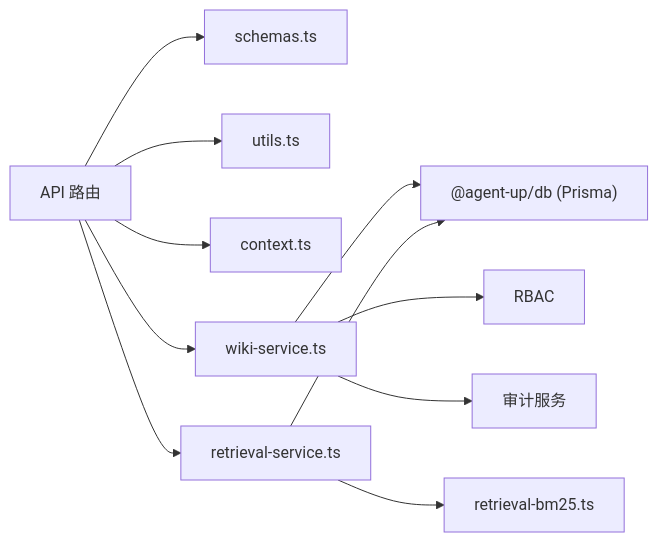
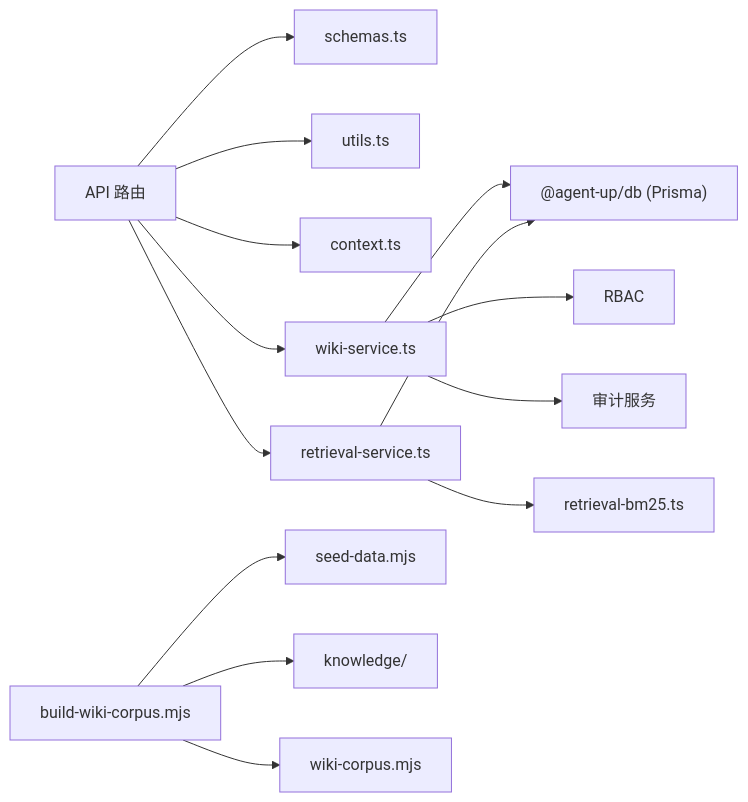
One commit to ai-guru-global/agent-up changed the seventh of 7 diagrams in .qoder/repowiki/zh/content/知识库系统/知识库系统.md. Above: the diagram before and after it, drawn with Mermaid. The commit also changed other lines of this file and 137 other files, not shown here.

````diff
--- a/.qoder/repowiki/zh/content/知识库系统/知识库系统.md
+++ b/.qoder/repowiki/zh/content/知识库系统/知识库系统.md
@@ -275,13 +329,16 @@
 ```mermaid
 graph LR
 Routes["API 路由"] --> Schemas["schemas.ts"]
 Routes --> Utils["utils.ts"]
 Routes --> Context["context.ts"]
 Routes --> WikiSvc["wiki-service.ts"]
 Routes --> RetSvc["retrieval-service.ts"]
 WikiSvc --> DB["@agent-up/db (Prisma)"]
 WikiSvc --> RBAC["RBAC"]
 WikiSvc --> Audit["审计服务"]
 RetSvc --> DB
 RetSvc --> BM25["retrieval-bm25.ts"]
+BuildScript["build-wiki-corpus.mjs"] --> SeedData["seed-data.mjs"]
+BuildScript --> Knowledge["knowledge/"]
+BuildScript --> Corpus["wiki-corpus.mjs"]
 ```
````
